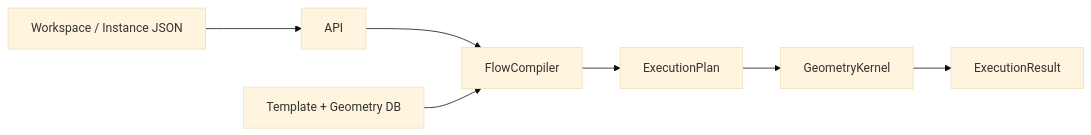
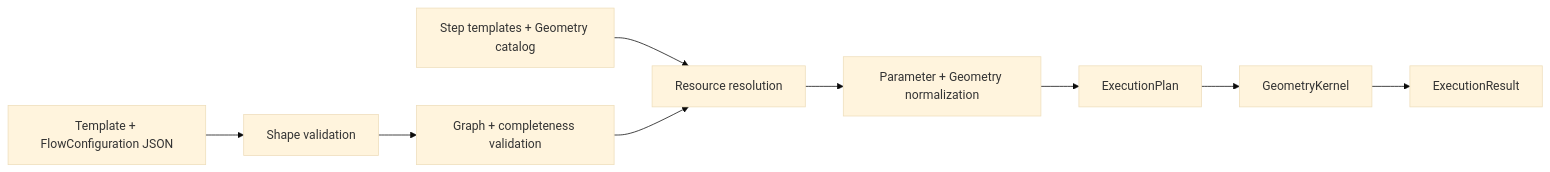
Before and after one commit to henry861010/process_flow_v2: the third of 3 diagrams in docs/data-model.md, drawn with Mermaid (base theme). The commit also changed other lines of this file and 60 other files, not shown here.

````diff
--- a/docs/data-model.md
+++ b/docs/data-model.md
@@ -338,9 +481,11 @@
 ```mermaid
 flowchart LR
-  UI["Workspace / Instance JSON"] --> API["API"]
-  API --> Compiler["FlowCompiler"]
-  DB["Template + Geometry DB"] --> Compiler
-  Compiler --> Plan["ExecutionPlan"]
+  JSON["Template + FlowConfiguration JSON"] --> Shape["Shape validation"]
+  Shape --> Graph["Graph + completeness validation"]
+  Repo["Step templates + Geometry catalog"] --> Resolve["Resource resolution"]
+  Graph --> Resolve
+  Resolve --> Normalize["Parameter + Geometry normalization"]
+  Normalize --> Plan["ExecutionPlan"]
   Plan --> Kernel["GeometryKernel"]
   Kernel --> Result["ExecutionResult"]
 ```
````
